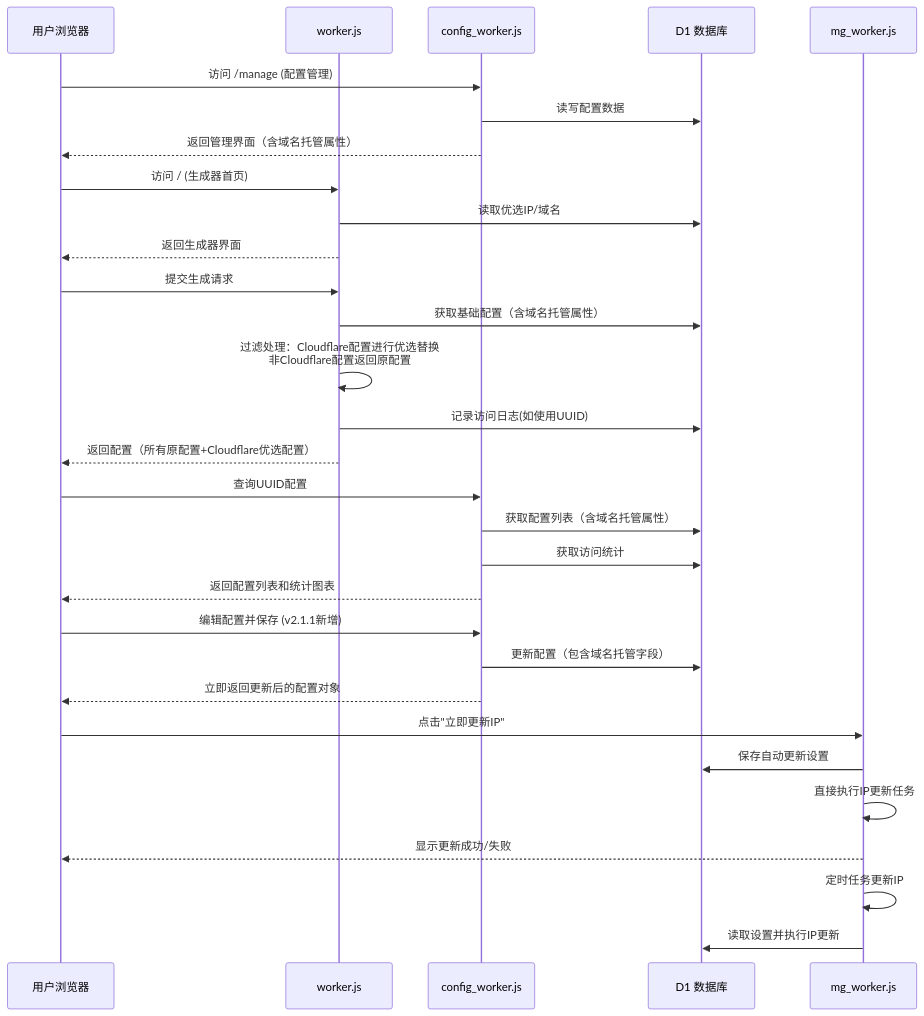
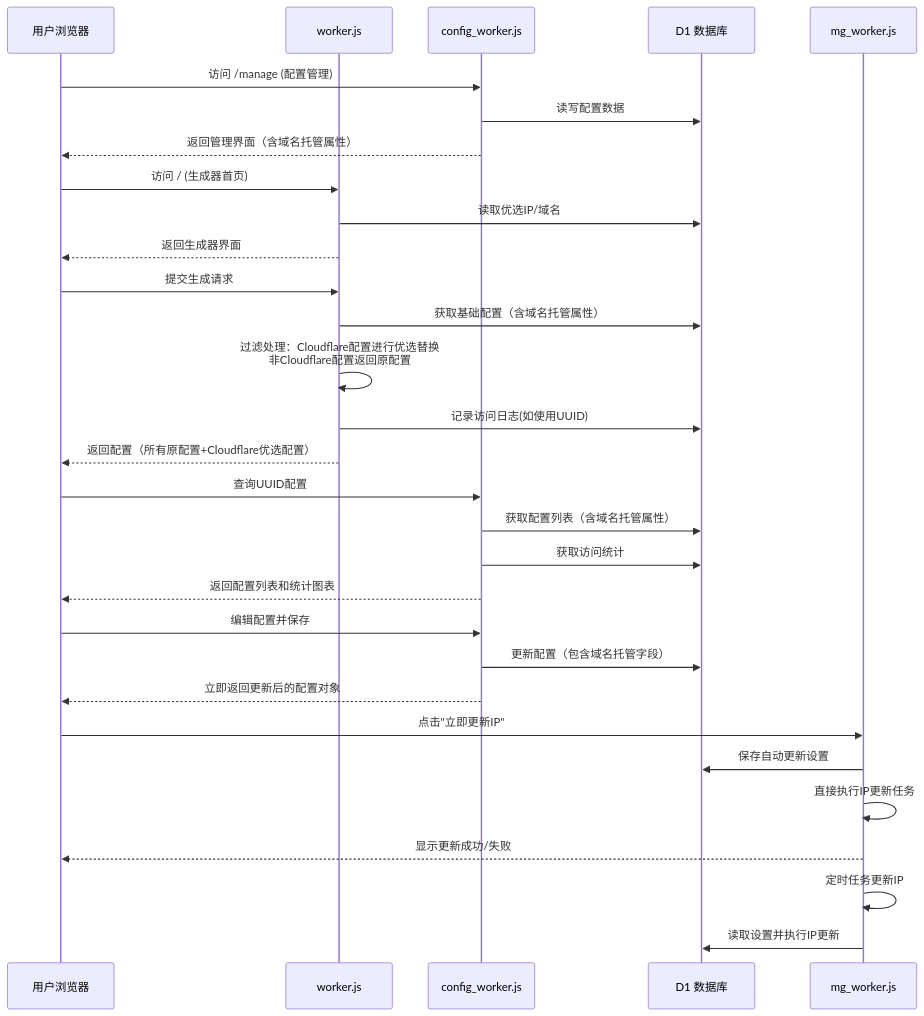
The first of 2 diagrams in readme.md (yangzifun/proxypilot), drawn with Mermaid before and after one commit. The commit also changed other lines of this file and 3 other files, not shown here.

````diff
--- a/readme.md
+++ b/readme.md
@@ -280,39 +280,39 @@
 ```mermaid
 sequenceDiagram
     participant User as 用户浏览器
     participant Main as worker.js
     participant Config as config_worker.js
     participant DB as D1 数据库
     participant Mg as mg_worker.js
 
     User->>Config: 访问 /manage (配置管理)
     Config->>DB: 读写配置数据
     Config-->>User: 返回管理界面（含域名托管属性）
 
     User->>Main: 访问 / (生成器首页)
     Main->>DB: 读取优选IP/域名
     Main-->>User: 返回生成器界面
 
     User->>Main: 提交生成请求
     Main->>DB: 获取基础配置（含域名托管属性）
     Main->>Main: 过滤处理：Cloudflare配置进行优选替换<br/>非Cloudflare配置返回原配置
     Main->>DB: 记录访问日志(如使用UUID)
     Main-->>User: 返回配置（所有原配置+Cloudflare优选配置）
 
     User->>Config: 查询UUID配置
     Config->>DB: 获取配置列表（含域名托管属性）
     Config->>DB: 获取访问统计
     Config-->>User: 返回配置列表和统计图表
 
-    User->>Config: 编辑配置并保存 (v2.1.1新增)
+    User->>Config: 编辑配置并保存
     Config->>DB: 更新配置（包含域名托管字段）
     Config-->>User: 立即返回更新后的配置对象
 
     User->>Mg: 点击"立即更新IP"
     Mg->>DB: 保存自动更新设置
     Mg->>Mg: 直接执行IP更新任务
     Mg-->>User: 显示更新成功/失败
 
     Mg->>Mg: 定时任务更新IP
     Mg->>DB: 读取设置并执行IP更新
 ```
````
